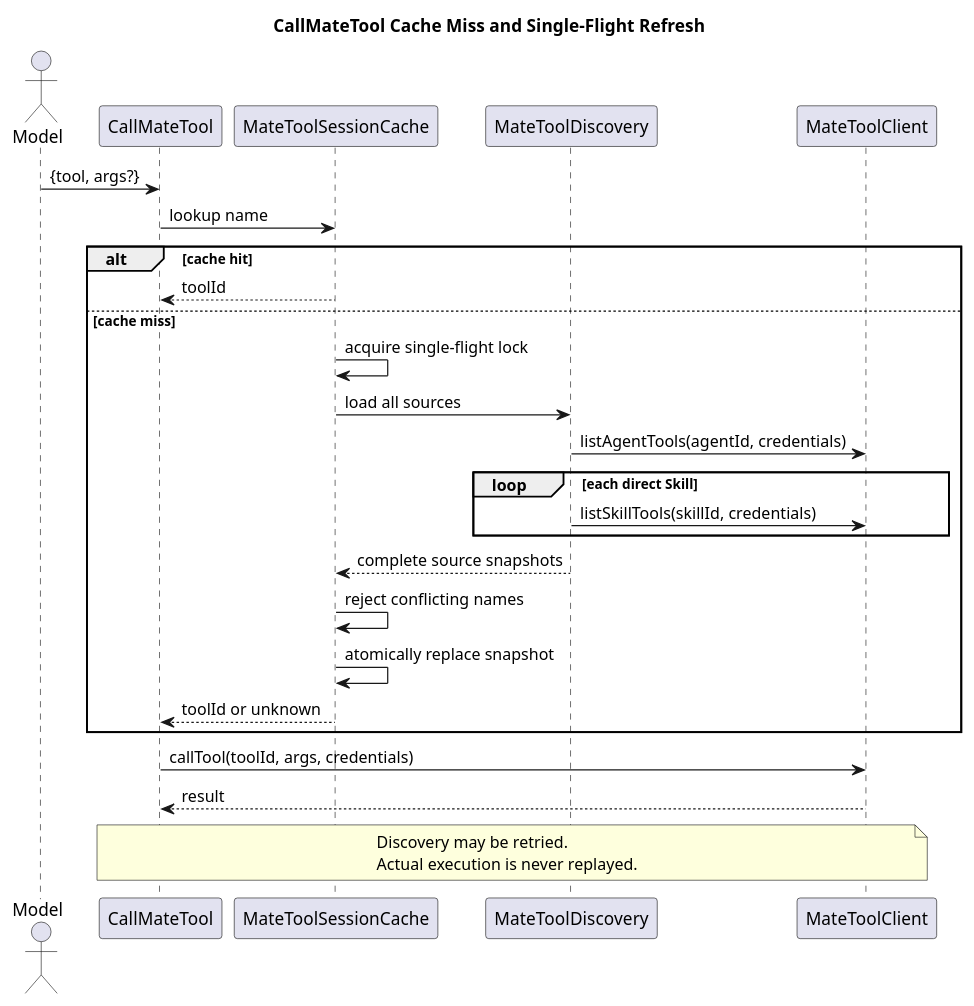
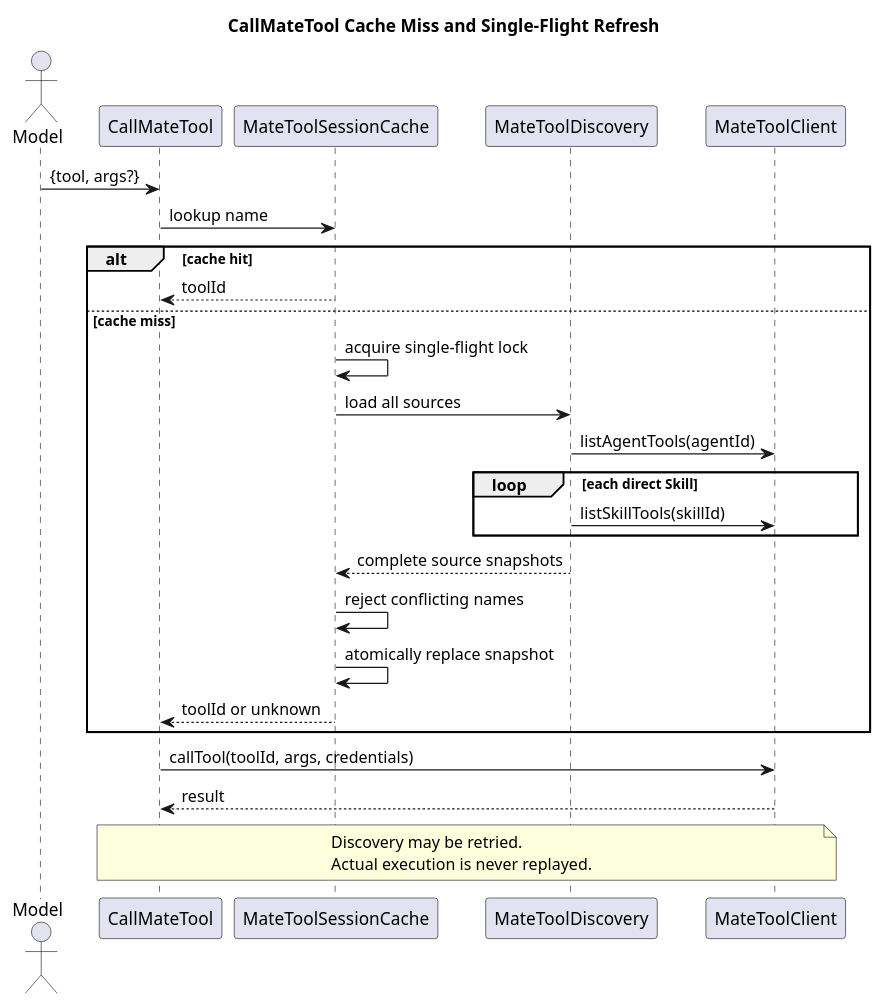
One commit to 2862282695gjh-afk/pi-mono-java changed the fourth of 4 diagrams in docs/designs/tool-system-v2/diagram.puml. Above: the diagram before and after it, drawn with PlantUML. The commit also changed other lines of this file and 44 other files, not shown here.

```diff
--- a/docs/designs/tool-system-v2/diagram.puml
+++ b/docs/designs/tool-system-v2/diagram.puml
@@ -114,40 +113,39 @@
 @startuml mate_call_refresh
-' Pre-change baseline: CampusClaw merge base d649866a6cae967ace18ceaeb9597edd47e5721e.
-' Reviewed implementation baseline: CampusClaw PR commit bf28e72f94f29acd316eb872a250893ed54e3632.
+' Pre-change implementation baseline: CampusClaw 320d790726a70aada6100052952d5494d2a378ac.
 ' Source evidence: modules/coding-agent-cli/src/main/java/com/campusclaw/codingagent/tool/mate/CallMateTool.java, execute
 ' Source evidence: modules/coding-agent-cli/src/main/java/com/campusclaw/codingagent/tool/mate/MateToolSessionCache.java, resolveOrRefresh
-' Architecture change: the source-evidence types did not exist at the pre-change baseline.
-' Observed at reviewed baseline: a miss refreshes the complete Agent plus direct-Skill tool set once.
-' Design reason: models call by name without knowing whether a tool is bound through Agent or Skill.
+' Source evidence: modules/coding-agent-cli/src/main/java/com/campusclaw/codingagent/tool/mate/MateToolDiscovery.java, loadAllSources
+' Observed behavior: a miss refreshes the complete Agent plus direct-Skill tool set once.
+' Security hardening: cache-miss discovery never receives the execution credential snapshot.
 skinparam shadowing false
 title CallMateTool Cache Miss and Single-Flight Refresh
 
 actor Model
 participant CallMateTool as Call
 participant MateToolSessionCache as Cache
 participant MateToolDiscovery as Discovery
 participant MateToolClient as Mate
 
 Model -> Call : {tool, args?}
 Call -> Cache : lookup name
 alt cache hit
   Cache --> Call : toolId
 else cache miss
   Cache -> Cache : acquire single-flight lock
   Cache -> Discovery : load all sources
-  Discovery -> Mate : listAgentTools(agentId, credentials)
+  Discovery -> Mate : listAgentTools(agentId)
   loop each direct Skill
-    Discovery -> Mate : listSkillTools(skillId, credentials)
+    Discovery -> Mate : listSkillTools(skillId)
   end
   Discovery --> Cache : complete source snapshots
   Cache -> Cache : reject conflicting names
   Cache -> Cache : atomically replace snapshot
   Cache --> Call : toolId or unknown
 end
 Call -> Mate : callTool(toolId, args, credentials)
 Mate --> Call : result
 note over Call,Mate
   Discovery may be retried.
   Actual execution is never replayed.
 end note
 @enduml
```
